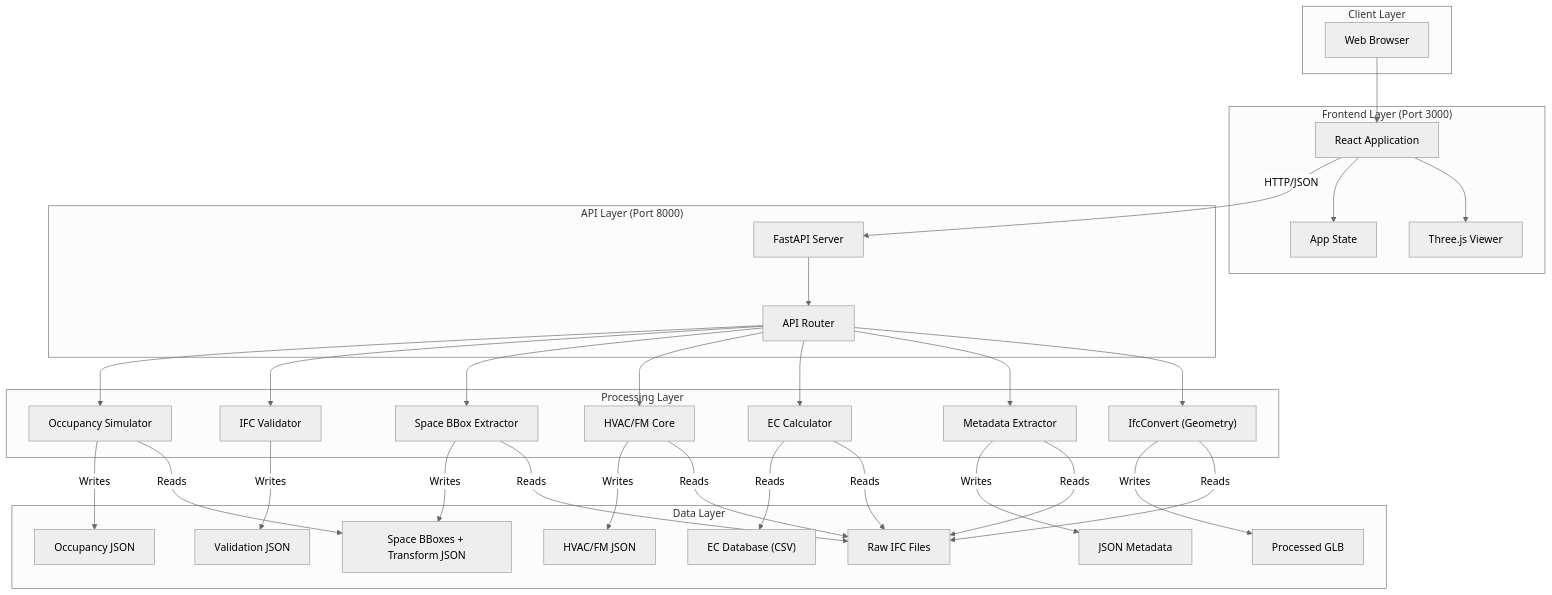
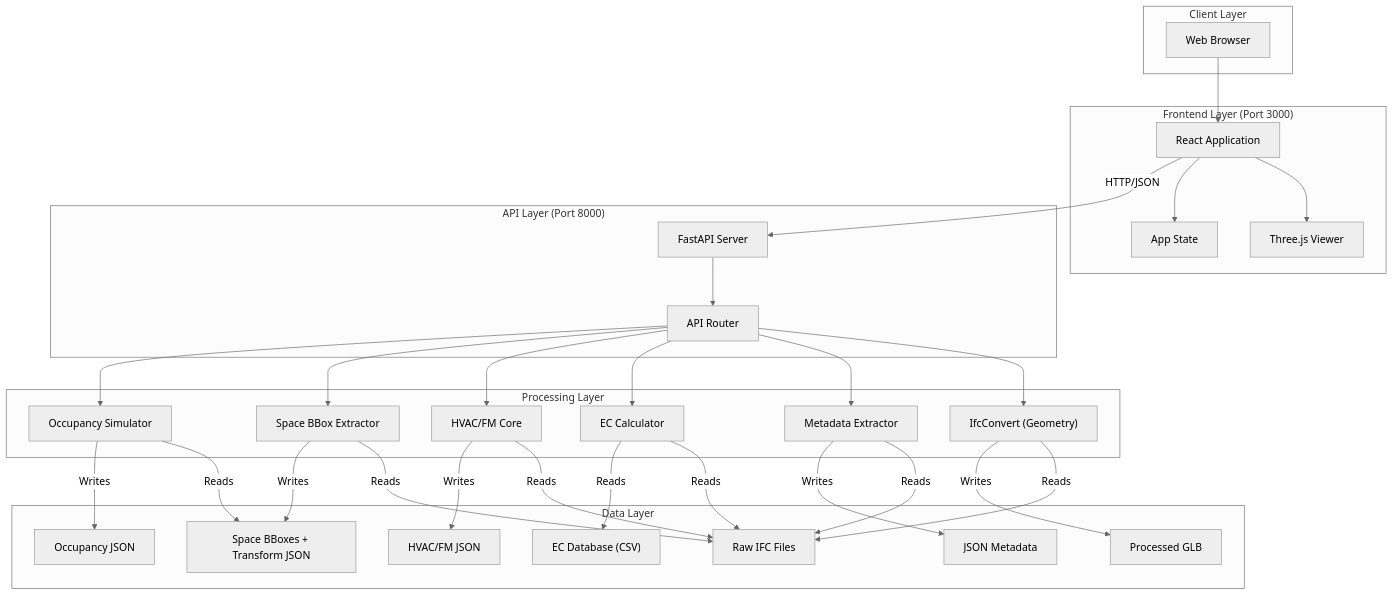
One commit to Naveendinula/DigitalTwin changed the first of 7 diagrams in SYSTEM_MAP.md. Above: the diagram before and after it, drawn with Mermaid (neutral theme). The commit also changed other lines of this file and 32 other files, not shown here.

````diff
--- a/SYSTEM_MAP.md
+++ b/SYSTEM_MAP.md
@@ -7,71 +7,66 @@
 ```mermaid
 graph TD
     subgraph "Client Layer"
         Browser[Web Browser]
     end
 
     subgraph "Frontend Layer (Port 3000)"
         ReactApp[React Application]
         ThreeJS[Three.js Viewer]
         State[App State]
         
         Browser --> ReactApp
         ReactApp --> ThreeJS
         ReactApp --> State
     end
 
     subgraph "API Layer (Port 8000)"
         FastAPI[FastAPI Server]
         Router[API Router]
         
         ReactApp -- HTTP/JSON --> FastAPI
         FastAPI --> Router
     end
 
     subgraph "Processing Layer"
         IFCConv["IfcConvert (Geometry)"]
         MetaExt[Metadata Extractor]
         ECCalc[EC Calculator]
         HvacCore["HVAC/FM Core"]
         SpaceBBox["Space BBox Extractor"]
-        Validator["IFC Validator"]
         
         Router --> IFCConv
         Router --> MetaExt
         Router --> ECCalc
         Router --> HvacCore
         Router --> SpaceBBox
-        Router --> Validator
         Router --> OccSim["Occupancy Simulator"]
     end
 
     subgraph "Data Layer"
         IFCFiles[Raw IFC Files]
         GLBFiles[Processed GLB]
         JSONMeta[JSON Metadata]
         ECDB["EC Database (CSV)"]
         HVACJson[HVAC/FM JSON]
         SpaceBBoxJson[Space BBoxes + Transform JSON]
-        ValidationJson[Validation JSON]
         
         IFCConv -- Reads --> IFCFiles
         IFCConv -- Writes --> GLBFiles
         
         MetaExt -- Reads --> IFCFiles
         MetaExt -- Writes --> JSONMeta
         
         ECCalc -- Reads --> IFCFiles
         ECCalc -- Reads --> ECDB
 
         HvacCore -- Reads --> IFCFiles
         HvacCore -- Writes --> HVACJson
 
         SpaceBBox -- Reads --> IFCFiles
         SpaceBBox -- Writes --> SpaceBBoxJson
 
-        Validator -- Writes --> ValidationJson
-
         OccSim -- Reads --> SpaceBBoxJson
         OccSim -- Writes --> OccJson[Occupancy JSON]
     end
 ```
````
